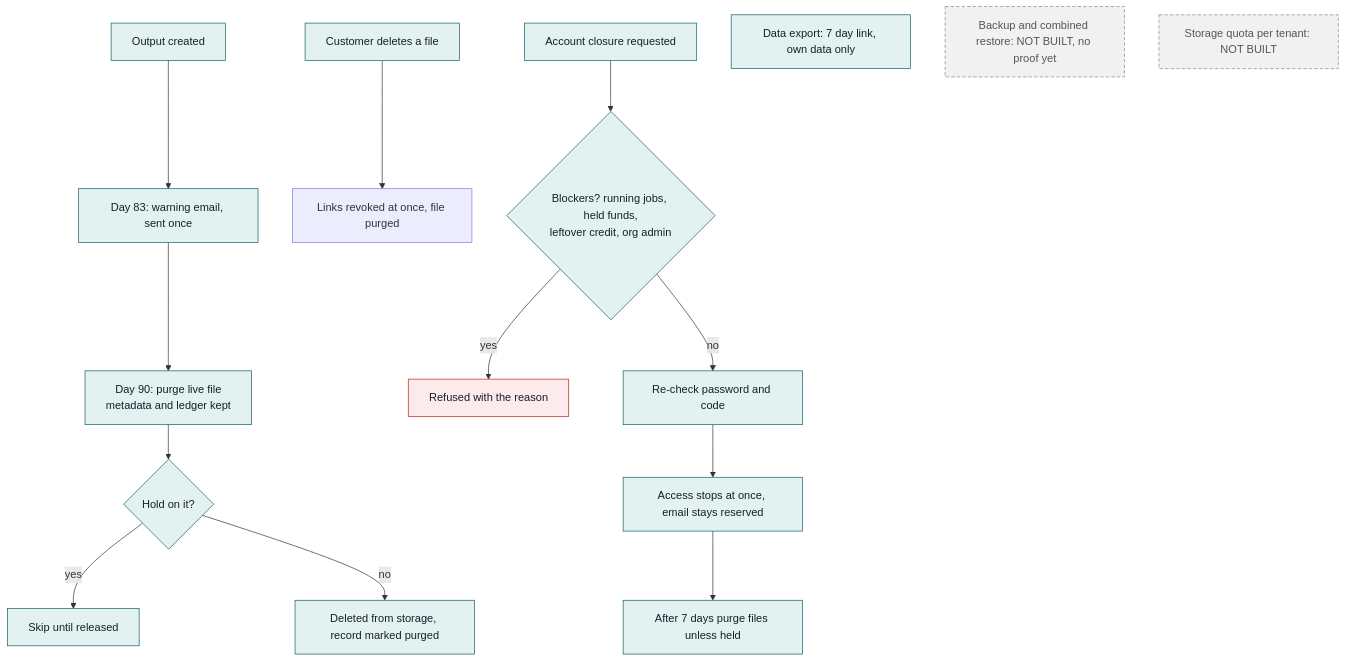
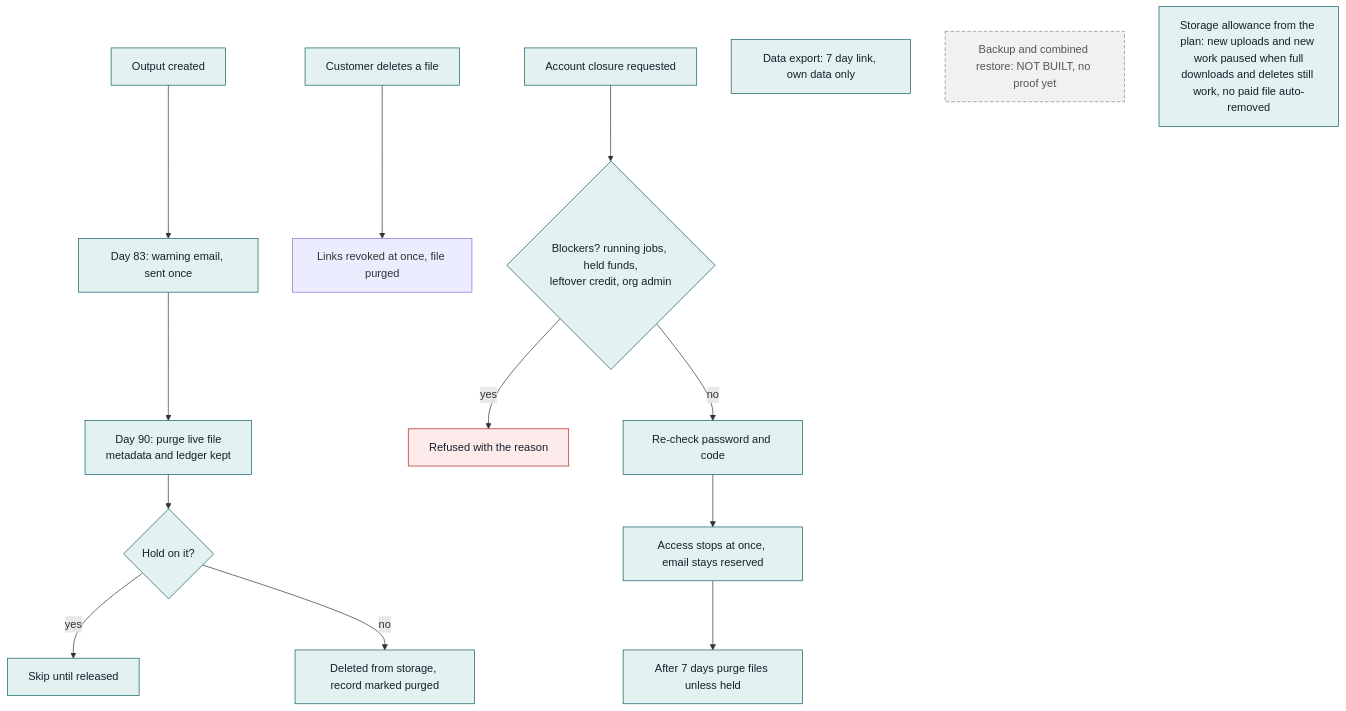
Before and after one commit to workmeridiangray-ops/aiprint: the diagram in docs/flowcharts/12-retention-closure.mmd, drawn with Mermaid. The commit also changed 14 other files, not shown here.

First line of the commit message:
Per-plan storage allowance: pause new uploads and work when full, never remove paid files

```diff
--- a/docs/flowcharts/12-retention-closure.mmd
+++ b/docs/flowcharts/12-retention-closure.mmd
@@ -1,20 +1,20 @@
 %% 12. Retention, closure, quota and combined restore
 flowchart TD
   A["Output created"] --> B["Day 83: warning email, sent once"]
   B --> C["Day 90: purge live file<br/>metadata and ledger kept"]
   C --> H{"Hold on it?"}
   H -->|"yes"| K["Skip until released"]
   H -->|"no"| P["Deleted from storage, record marked purged"]
   U["Customer deletes a file"] --> V["Links revoked at once, file purged"]
   Z["Account closure requested"] --> Z1{"Blockers? running jobs, held funds,<br/>leftover credit, org admin"}
   Z1 -->|"yes"| ZX["Refused with the reason"]:::fail
   Z1 -->|"no"| Z2["Re-check password and code"]
   Z2 --> Z3["Access stops at once, email stays reserved"]
   Z3 --> Z4["After 7 days purge files unless held"]
   EX["Data export: 7 day link, own data only"]
   BK["Backup and combined restore: NOT BUILT, no proof yet"]:::nb
-  QU["Storage quota per tenant: NOT BUILT"]:::nb
+  QU["Storage allowance from the plan: new uploads and new work paused when full<br/>downloads and deletes still work, no paid file auto-removed"]
   classDef built fill:#e3f1f1,stroke:#0f5f63,color:#14202b
 classDef nb fill:#f1f1f1,stroke:#8a8a8a,stroke-dasharray:5 3,color:#555
 classDef fail fill:#fdeaea,stroke:#b3261e,color:#14202b
-  class A,B,C,H,K,P,U,Z,Z1,Z2,Z3,Z4,EX built
+  class QU,A,B,C,H,K,P,U,Z,Z1,Z2,Z3,Z4,EX built
```
